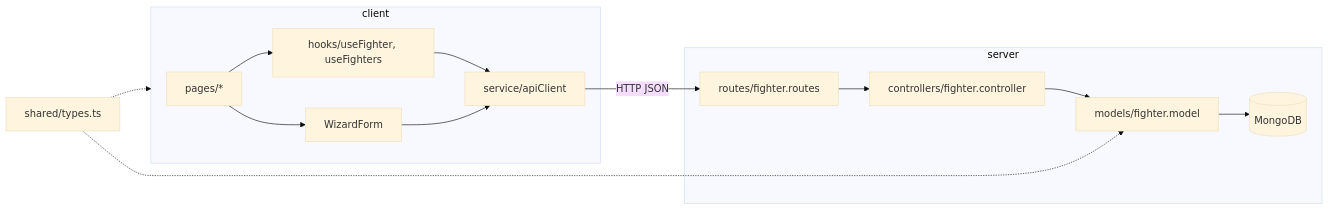
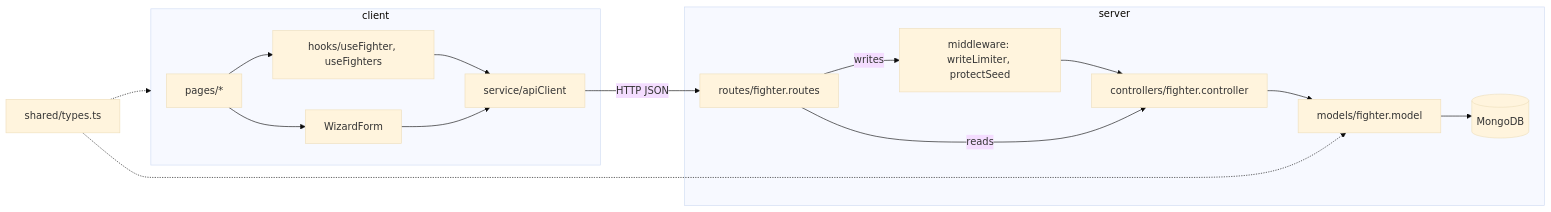
Before and after one commit to yoyanni/next-versus: the diagram in docs/architecture.md, drawn with Mermaid (base theme). The commit also changed other lines of this file and 24 other files, not shown here.

Commit message:
Protect seed fighters and limit public writes to a sandbox

````diff
--- a/docs/architecture.md
+++ b/docs/architecture.md
@@ -9,15 +9,16 @@
 ```mermaid
 flowchart LR
   subgraph client
     P[pages/*] --> H[hooks/useFighter, useFighters]
     P --> W[WizardForm]
     H --> A[service/apiClient]
     W --> A
   end
   A -- HTTP JSON --> R[routes/fighter.routes]
   subgraph server
-    R --> Ctl[controllers/fighter.controller] --> Mdl[models/fighter.model] --> DB[(MongoDB)]
+    R -- writes --> G[middleware: writeLimiter, protectSeed] --> Ctl
+    R -- reads --> Ctl[controllers/fighter.controller] --> Mdl[models/fighter.model] --> DB[(MongoDB)]
   end
   T[shared/types.ts] -.-> client
   T -.-> Mdl
 ```
````
